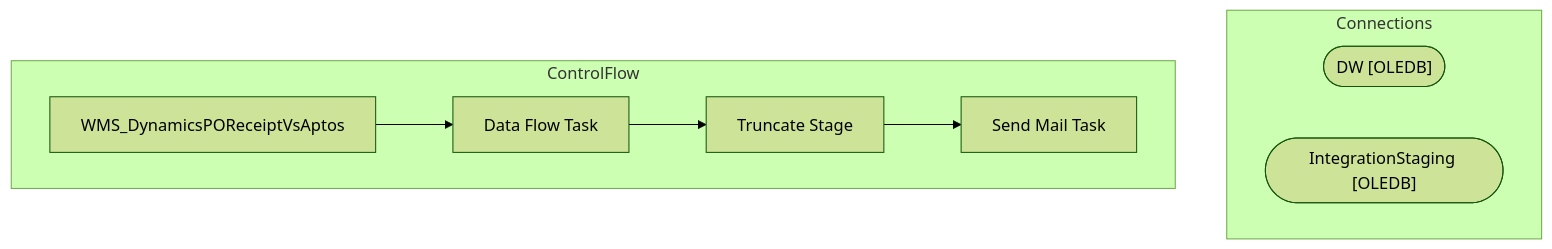
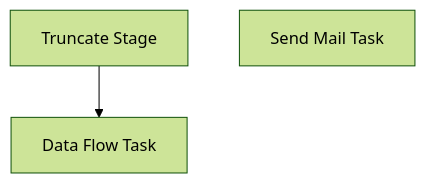
One commit to juanandresbrain/BABSkills changed the diagram in bab-docs-explorer/Documentation/STL-SSIS-P-01/SSIS/WMS/WMS_DynamicsPOReceiptVsAptos.WMS_DynamicsPOReceiptVsAptos.md. Above: the diagram before and after it, drawn with Mermaid (forest theme). The commit also changed other lines of this file and 273 other files, not shown here.

````diff
--- a/bab-docs-explorer/Documentation/STL-SSIS-P-01/SSIS/WMS/WMS_DynamicsPOReceiptVsAptos.WMS_DynamicsPOReceiptVsAptos.md
+++ b/bab-docs-explorer/Documentation/STL-SSIS-P-01/SSIS/WMS/WMS_DynamicsPOReceiptVsAptos.WMS_DynamicsPOReceiptVsAptos.md
@@ -9,16 +33,7 @@
 ```mermaid
 flowchart TD
-    subgraph Connections
-        DW_conn(["DW [OLEDB]"])
-        IntegrationStaging_conn(["IntegrationStaging [OLEDB]"])
-    end
-    subgraph ControlFlow
-        WMS_DynamicsPOReceiptVsAptos_task["WMS_DynamicsPOReceiptVsAptos"]
-        Data_Flow_Task_task["Data Flow Task"]
-        WMS_DynamicsPOReceiptVsAptos_task --> Data_Flow_Task_task
-        Truncate_Stage_task["Truncate Stage"]
-        Data_Flow_Task_task --> Truncate_Stage_task
-        Send_Mail_Task_task["Send Mail Task"]
-        Truncate_Stage_task --> Send_Mail_Task_task
-    end
+    n_Package_Data_Flow_Task["Data Flow Task"]
+    n_Package_Truncate_Stage["Truncate Stage"]
+    n_Package_EventHandlers_OnError__Send_Mail_Task["Send Mail Task"]
+    n_Package_Truncate_Stage --> n_Package_Data_Flow_Task
 ```
````
